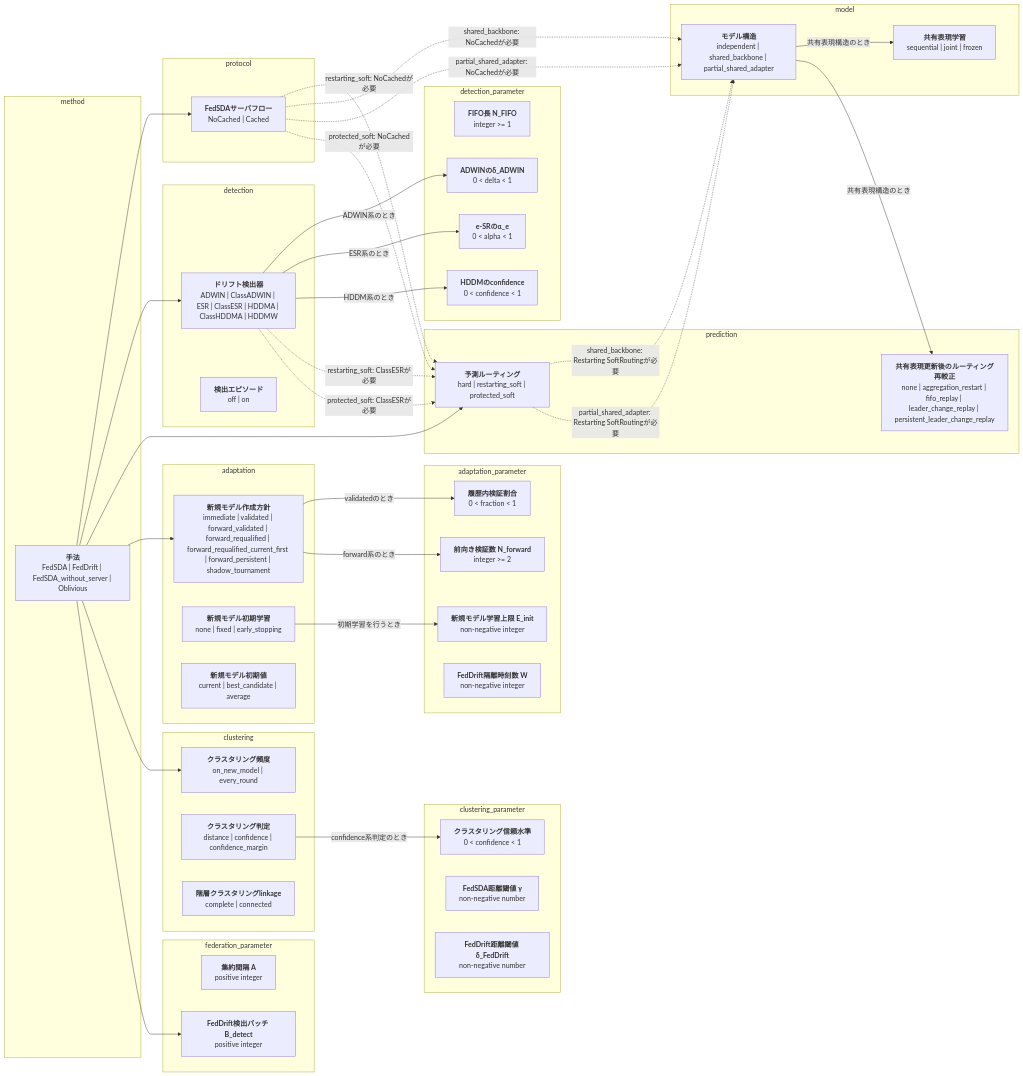
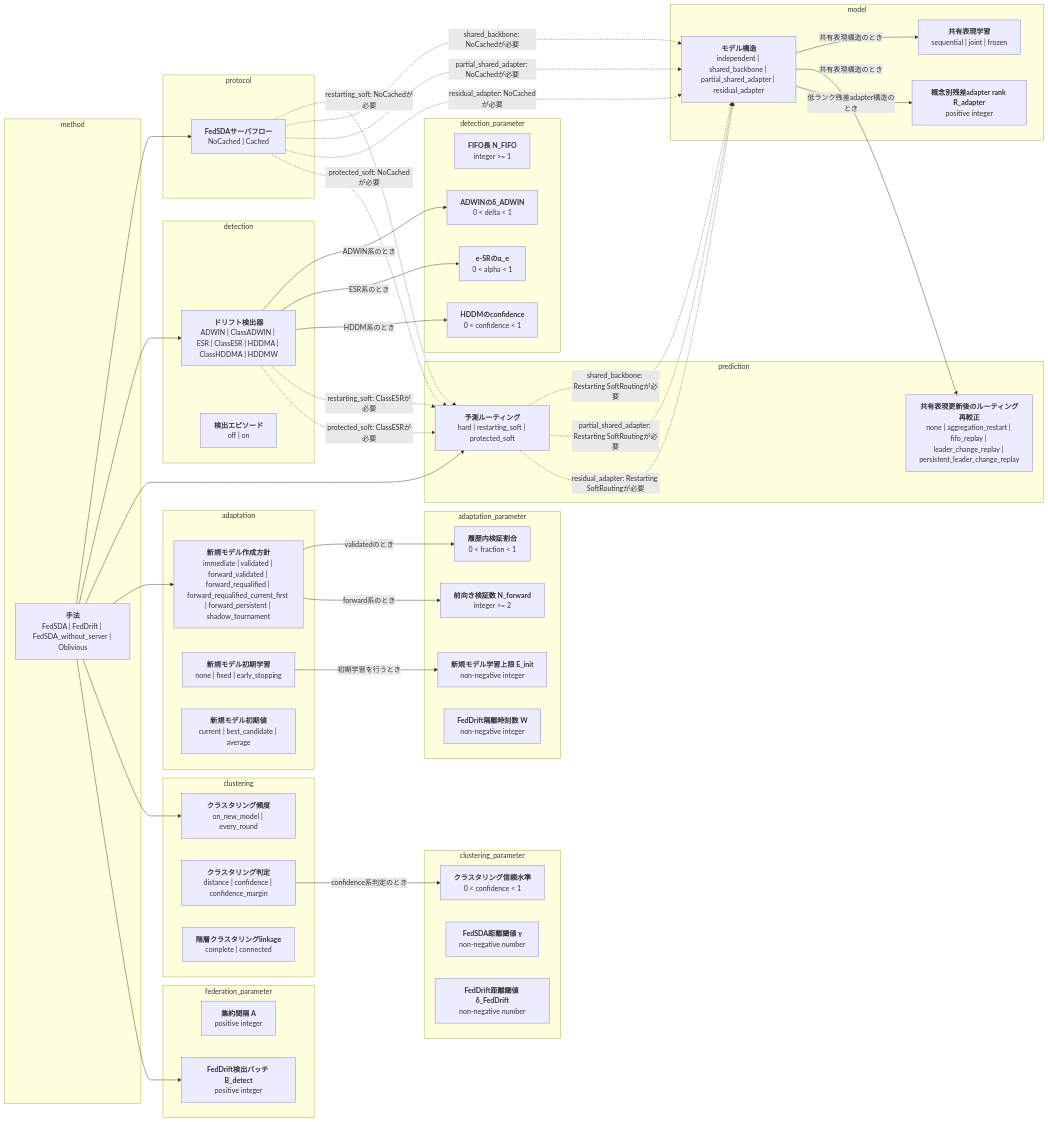
One commit to shimmen3141/FedSDA-experiment changed the first of 2 diagrams in docs/options.md. Above: the diagram before and after it, drawn with Mermaid. The commit also changed other lines of this file and 15 other files, not shown here.

````diff
--- a/docs/options.md
+++ b/docs/options.md
@@ -18,75 +18,79 @@
 ```mermaid
 flowchart LR
   subgraph group_method[method]
     method["<b>手法</b><br/>FedSDA | FedDrift | FedSDA_without_server | Oblivious"]
   end
   subgraph group_protocol[protocol]
     server_flow["<b>FedSDAサーバフロー</b><br/>NoCached | Cached"]
   end
   subgraph group_detection[detection]
     detector["<b>ドリフト検出器</b><br/>ADWIN | ClassADWIN | ESR | ClassESR | HDDMA | ClassHDDMA | HDDMW"]
     detection_episodes["<b>検出エピソード</b><br/>off | on"]
   end
   subgraph group_prediction[prediction]
     routing["<b>予測ルーティング</b><br/>hard | restarting_soft | protected_soft"]
     shared_backbone_routing_recalibration["<b>共有表現更新後のルーティング再較正</b><br/>none | aggregation_restart | fifo_replay | leader_change_replay | persistent_leader_change_replay"]
   end
   subgraph group_model[model]
-    model_architecture["<b>モデル構造</b><br/>independent | shared_backbone | partial_shared_adapter"]
+    model_architecture["<b>モデル構造</b><br/>independent | shared_backbone | partial_shared_adapter | residual_adapter"]
     shared_backbone_training["<b>共有表現学習</b><br/>sequential | joint | frozen"]
+    shared_adapter_rank["<b>概念別残差adapter rank R_adapter</b><br/>positive integer"]
   end
   subgraph group_adaptation[adaptation]
     new_model_creation_policy["<b>新規モデル作成方針</b><br/>immediate | validated | forward_validated | forward_requalified | forward_requalified_current_first | forward_persistent | shadow_tournament"]
     new_model_training["<b>新規モデル初期学習</b><br/>none | fixed | early_stopping"]
     new_model_initialization["<b>新規モデル初期値</b><br/>current | best_candidate | average"]
   end
   subgraph group_adaptation_parameter[adaptation_parameter]
     new_model_epochs["<b>新規モデル学習上限 E_init</b><br/>non-negative integer"]
     new_model_validation_fraction["<b>履歴内検証割合</b><br/>0 < fraction < 1"]
     new_model_forward_validation_samples["<b>前向き検証数 N_forward</b><br/>integer >= 2"]
     feddrift_isolation_timesteps["<b>FedDrift隔離時刻数 W</b><br/>non-negative integer"]
   end
   subgraph group_detection_parameter[detection_parameter]
     fifo_size["<b>FIFO長 N_FIFO</b><br/>integer >= 1"]
     adwin_delta["<b>ADWINのδ_ADWIN</b><br/>0 < delta < 1"]
     e_detector_alpha["<b>e-SRのα_e</b><br/>0 < alpha < 1"]
     hddm_drift_confidence["<b>HDDMのconfidence</b><br/>0 < confidence < 1"]
   end
   subgraph group_clustering[clustering]
     clustering_policy["<b>クラスタリング頻度</b><br/>on_new_model | every_round"]
     clustering_decision["<b>クラスタリング判定</b><br/>distance | confidence | confidence_margin"]
     cluster_linkage["<b>階層クラスタリングlinkage</b><br/>complete | connected"]
   end
   subgraph group_clustering_parameter[clustering_parameter]
     clustering_confidence["<b>クラスタリング信頼水準</b><br/>0 < confidence < 1"]
     fedsda_distance_threshold["<b>FedSDA距離閾値 γ</b><br/>non-negative number"]
     feddrift_distance_threshold["<b>FedDrift距離閾値 δ_FedDrift</b><br/>non-negative number"]
   end
   subgraph group_federation_parameter[federation_parameter]
     aggregation_interval["<b>集約間隔 A</b><br/>positive integer"]
     feddrift_detection_batch_size["<b>FedDrift検出バッチ B_detect</b><br/>positive integer"]
   end
   model_architecture -->|"共有表現構造のとき"| shared_backbone_training
   model_architecture -->|"共有表現構造のとき"| shared_backbone_routing_recalibration
+  model_architecture -->|"低ランク残差adapter構造のとき"| shared_adapter_rank
   new_model_training -->|"初期学習を行うとき"| new_model_epochs
   new_model_creation_policy -->|"validatedのとき"| new_model_validation_fraction
   new_model_creation_policy -->|"forward系のとき"| new_model_forward_validation_samples
   detector -->|"ADWIN系のとき"| adwin_delta
   detector -->|"ESR系のとき"| e_detector_alpha
   detector -->|"HDDM系のとき"| hddm_drift_confidence
   clustering_decision -->|"confidence系判定のとき"| clustering_confidence
   server_flow -.->|"restarting_soft: NoCachedが必要"| routing
   detector -.->|"restarting_soft: ClassESRが必要"| routing
   server_flow -.->|"shared_backbone: NoCachedが必要"| model_architecture
   routing -.->|"shared_backbone: Restarting SoftRoutingが必要"| model_architecture
   server_flow -.->|"partial_shared_adapter: NoCachedが必要"| model_architecture
   routing -.->|"partial_shared_adapter: Restarting SoftRoutingが必要"| model_architecture
+  server_flow -.->|"residual_adapter: NoCachedが必要"| model_architecture
+  routing -.->|"residual_adapter: Restarting SoftRoutingが必要"| model_architecture
   server_flow -.->|"protected_soft: NoCachedが必要"| routing
   detector -.->|"protected_soft: ClassESRが必要"| routing
   method --> server_flow
   method --> detector
   method --> routing
   method --> new_model_creation_policy
   method --> clustering_policy
   method --> feddrift_detection_batch_size
 ```
````
